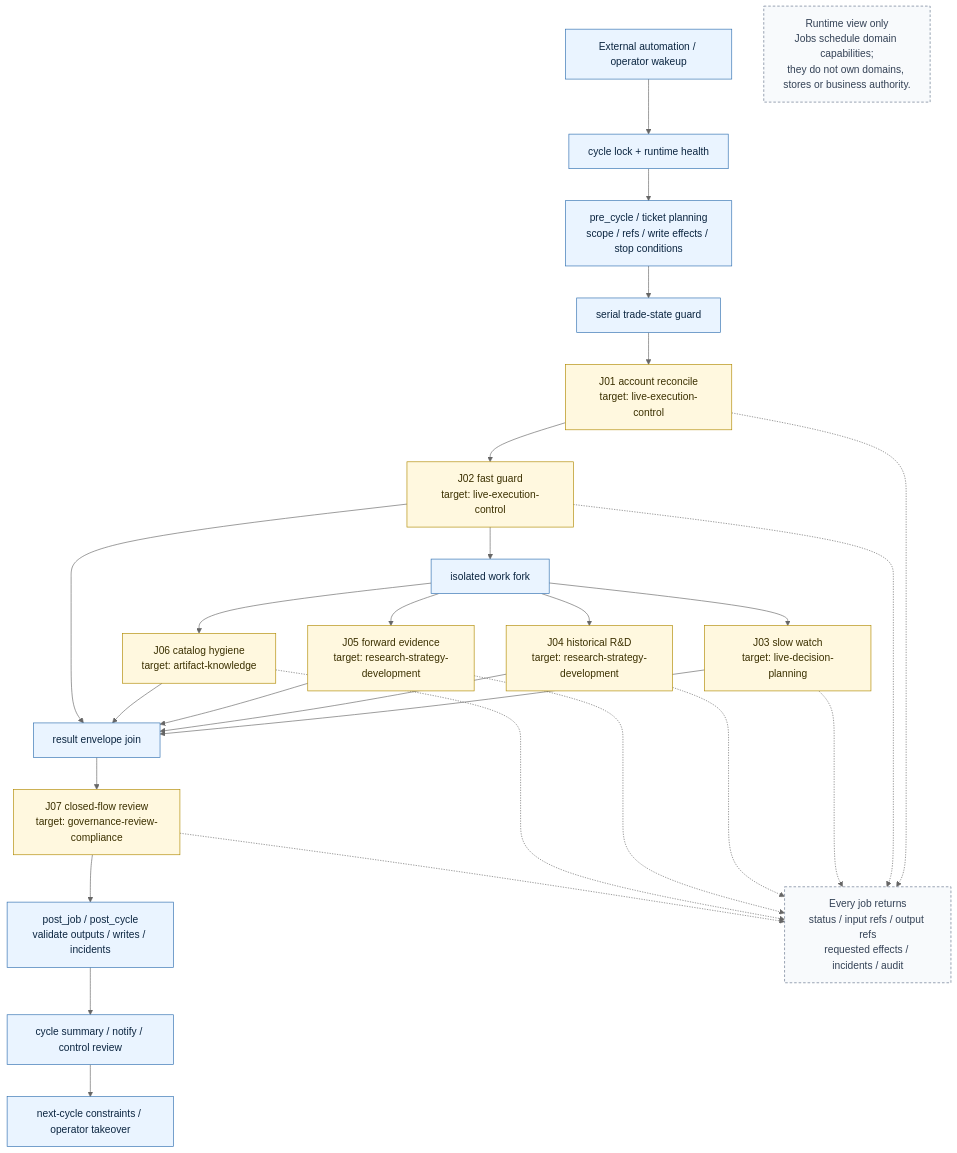
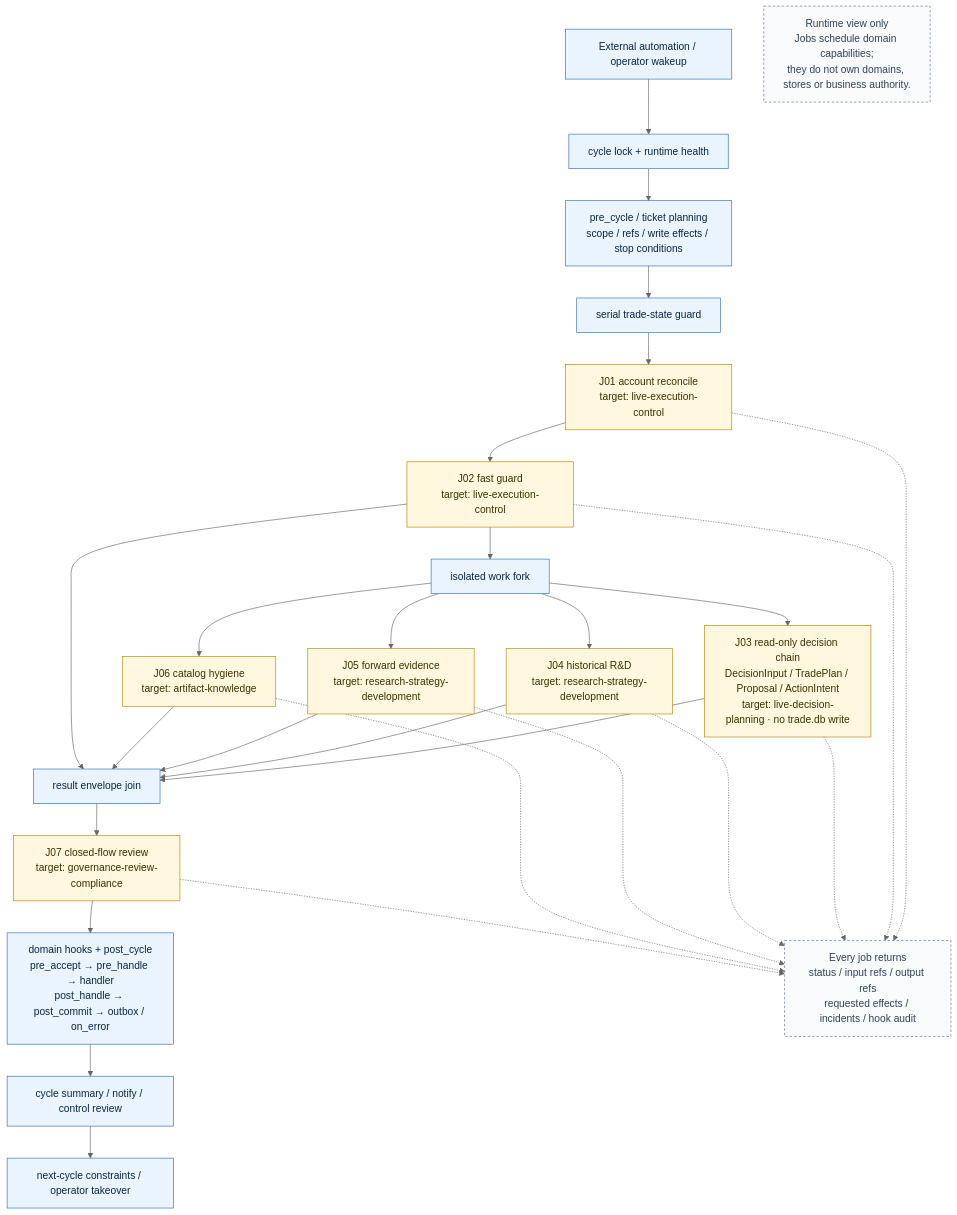
The diagram in docs/architecture/architecture-runtime-v2.mmd (qOeOp/trade), drawn with Mermaid (neutral theme) before and after one commit. The commit also changed 168 other files, not shown here.

```diff
--- a/docs/architecture/architecture-runtime-v2.mmd
+++ b/docs/architecture/architecture-runtime-v2.mmd
@@ -1,45 +1,45 @@
 flowchart TB
   %% Current runtime projection. Ticket count and cadence may evolve without
   %% changing the authority map in architecture-overview-v2.mmd.
 
   ENTRY["External automation / operator wakeup"] --> LOCK["cycle lock + runtime health"]
   LOCK --> PRE["pre_cycle / ticket planning<br/>scope / refs / write effects / stop conditions"]
 
   PRE --> SERIAL["serial trade-state guard"]
   SERIAL --> J01["J01 account reconcile<br/>target: live-execution-control"]
   J01 --> J02["J02 fast guard<br/>target: live-execution-control"]
 
   J02 --> FORK["isolated work fork"]
-  FORK --> J03["J03 slow watch<br/>target: live-decision-planning"]
+  FORK --> J03["J03 read-only decision chain<br/>DecisionInput / TradePlan / Proposal / ActionIntent<br/>target: live-decision-planning · no trade.db write"]
   FORK --> J04["J04 historical R&D<br/>target: research-strategy-development"]
   FORK --> J05["J05 forward evidence<br/>target: research-strategy-development"]
   FORK --> J06["J06 catalog hygiene<br/>target: artifact-knowledge"]
 
   J03 --> JOIN["result envelope join"]
   J04 --> JOIN
   J05 --> JOIN
   J06 --> JOIN
   J02 --> JOIN
 
   JOIN --> J07["J07 closed-flow review<br/>target: governance-review-compliance"]
-  J07 --> POST["post_job / post_cycle<br/>validate outputs / writes / incidents"]
+  J07 --> POST["domain hooks + post_cycle<br/>pre_accept → pre_handle → handler<br/>post_handle → post_commit → outbox / on_error"]
   POST --> OPS["cycle summary / notify / control review"]
   OPS --> OUT["next-cycle constraints / operator takeover"]
 
-  RESULT["Every job returns<br/>status / input refs / output refs<br/>requested effects / incidents / audit"]
+  RESULT["Every job returns<br/>status / input refs / output refs<br/>requested effects / incidents / hook audit"]
   J01 -.-> RESULT
   J02 -.-> RESULT
   J03 -.-> RESULT
   J04 -.-> RESULT
   J05 -.-> RESULT
   J06 -.-> RESULT
   J07 -.-> RESULT
 
   NOTE["Runtime view only<br/>Jobs schedule domain capabilities;<br/>they do not own domains, stores or business authority."]
 
   classDef lifecycle fill:#eaf4ff,stroke:#2f6fb0,color:#0b2540;
   classDef ticket fill:#fff8df,stroke:#b08a00,color:#3b3000;
   classDef envelope fill:#f8fafc,stroke:#64748b,color:#334155,stroke-dasharray:4 3;
   class ENTRY,LOCK,PRE,SERIAL,FORK,JOIN,POST,OPS,OUT lifecycle;
   class J01,J02,J03,J04,J05,J06,J07 ticket;
   class RESULT,NOTE envelope;
```
